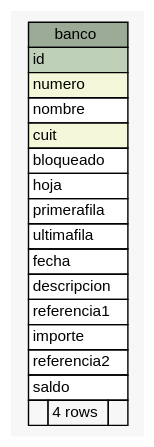
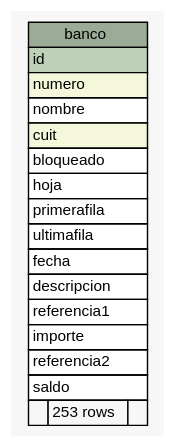
One commit to diegopablomansilla/massoftware_front changed the diagram in postgresql/schemaSpy/salida/diagrams/summary/banco.1degree.dot. Above: the diagram before and after it, drawn with Graphviz. The commit also changed 333 other files, not shown here.

```diff
--- a/postgresql/schemaSpy/salida/diagrams/summary/banco.1degree.dot
+++ b/postgresql/schemaSpy/salida/diagrams/summary/banco.1degree.dot
@@ -1,43 +1,43 @@
 // dot 2.2.1 on Windows 10 10.0
 // SchemaSpy rev 590
 digraph "banco" {
   graph [
     rankdir="RL"
     bgcolor="#f7f7f7"
     nodesep="0.18"
     ranksep="0.46"
     fontname="Helvetica"
     fontsize="11"
   ];
   node [
     fontname="Helvetica"
     fontsize="11"
     shape="plaintext"
   ];
   edge [
     arrowsize="0.8"
   ];
   "banco" [
     label=<
     <TABLE BORDER="0" CELLBORDER="1" CELLSPACING="0" BGCOLOR="#ffffff">
       <TR><TD COLSPAN="3" BGCOLOR="#9bab96" ALIGN="CENTER">banco</TD></TR>
       <TR><TD PORT="id" COLSPAN="3" BGCOLOR="#bed1b8" ALIGN="LEFT">id</TD></TR>
       <TR><TD PORT="numero" COLSPAN="3" BGCOLOR="#f4f7da" ALIGN="LEFT">numero</TD></TR>
       <TR><TD PORT="nombre" COLSPAN="3" ALIGN="LEFT">nombre</TD></TR>
       <TR><TD PORT="cuit" COLSPAN="3" BGCOLOR="#f4f7da" ALIGN="LEFT">cuit</TD></TR>
       <TR><TD PORT="bloqueado" COLSPAN="3" ALIGN="LEFT">bloqueado</TD></TR>
       <TR><TD PORT="hoja" COLSPAN="3" ALIGN="LEFT">hoja</TD></TR>
       <TR><TD PORT="primerafila" COLSPAN="3" ALIGN="LEFT">primerafila</TD></TR>
       <TR><TD PORT="ultimafila" COLSPAN="3" ALIGN="LEFT">ultimafila</TD></TR>
       <TR><TD PORT="fecha" COLSPAN="3" ALIGN="LEFT">fecha</TD></TR>
       <TR><TD PORT="descripcion" COLSPAN="3" ALIGN="LEFT">descripcion</TD></TR>
       <TR><TD PORT="referencia1" COLSPAN="3" ALIGN="LEFT">referencia1</TD></TR>
       <TR><TD PORT="importe" COLSPAN="3" ALIGN="LEFT">importe</TD></TR>
       <TR><TD PORT="referencia2" COLSPAN="3" ALIGN="LEFT">referencia2</TD></TR>
       <TR><TD PORT="saldo" COLSPAN="3" ALIGN="LEFT">saldo</TD></TR>
-      <TR><TD ALIGN="LEFT" BGCOLOR="#f7f7f7">  </TD><TD ALIGN="RIGHT" BGCOLOR="#f7f7f7">4 rows</TD><TD ALIGN="RIGHT" BGCOLOR="#f7f7f7">  </TD></TR>
+      <TR><TD ALIGN="LEFT" BGCOLOR="#f7f7f7">  </TD><TD ALIGN="RIGHT" BGCOLOR="#f7f7f7">253 rows</TD><TD ALIGN="RIGHT" BGCOLOR="#f7f7f7">  </TD></TR>
     </TABLE>>
     URL="tables/banco.html"
     tooltip="banco"
   ];
 }
```
